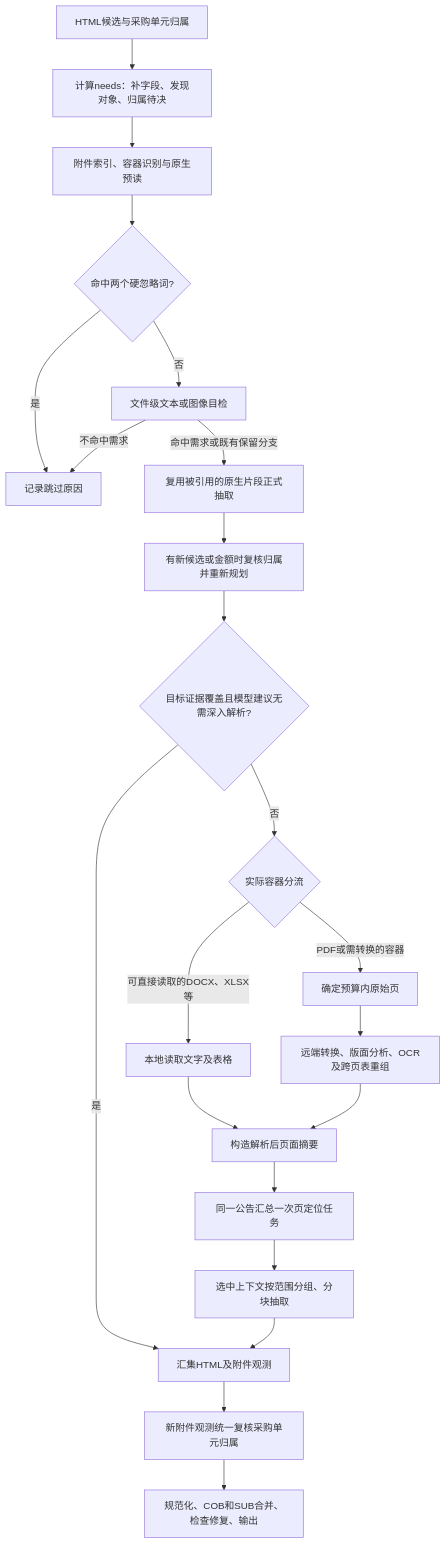
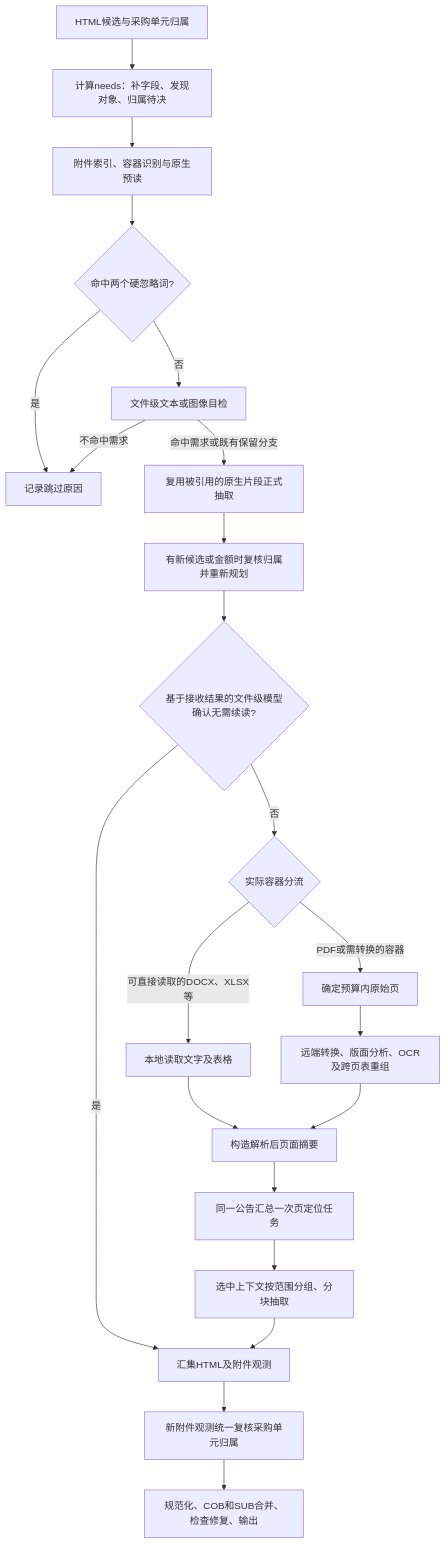
One commit to Moon-TsoLan/2026_9_23_ICT changed the diagram in doc/附件解析与候选抽取实际流程-20261016.md. Above: the diagram before and after it, drawn with Mermaid. The commit also changed other lines of this file and 37 other files, not shown here.

````diff
--- a/doc/附件解析与候选抽取实际流程-20261016.md
+++ b/doc/附件解析与候选抽取实际流程-20261016.md
@@ -33,24 +33,24 @@
 ```mermaid
 flowchart TD
   H[HTML候选与采购单元归属] --> N[计算needs：补字段、发现对象、归属待决]
   N --> F[附件索引、容器识别与原生预读]
   F --> I{命中两个硬忽略词?}
   I -->|是| X[记录跳过原因]
   I -->|否| G[文件级文本或图像目检]
   G -->|不命中需求| X
   G -->|命中需求或既有保留分支| R[复用被引用的原生片段正式抽取]
   R --> B[有新候选或金额时复核归属并重新规划]
-  B --> C{目标证据覆盖且模型建议无需深入解析?}
+  B --> C{基于接收结果的文件级模型确认无需续读?}
   C -->|是| A[汇集HTML及附件观测]
   C -->|否| D{实际容器分流}
   D -->|可直接读取的DOCX、XLSX等| L[本地读取文字及表格]
   D -->|PDF或需转换的容器| Q[确定预算内原始页]
   Q --> P[远端转换、版面分析、OCR及跨页表重组]
   L --> S[构造解析后页面摘要]
   P --> S
   S --> V[同一公告汇总一次页定位任务]
   V --> E[选中上下文按范围分组、分块抽取]
   E --> A
   A --> U[新附件观测统一复核采购单元归属]
   U --> Z[规范化、COB和SUB合并、检查修复、输出]
 ```
````
